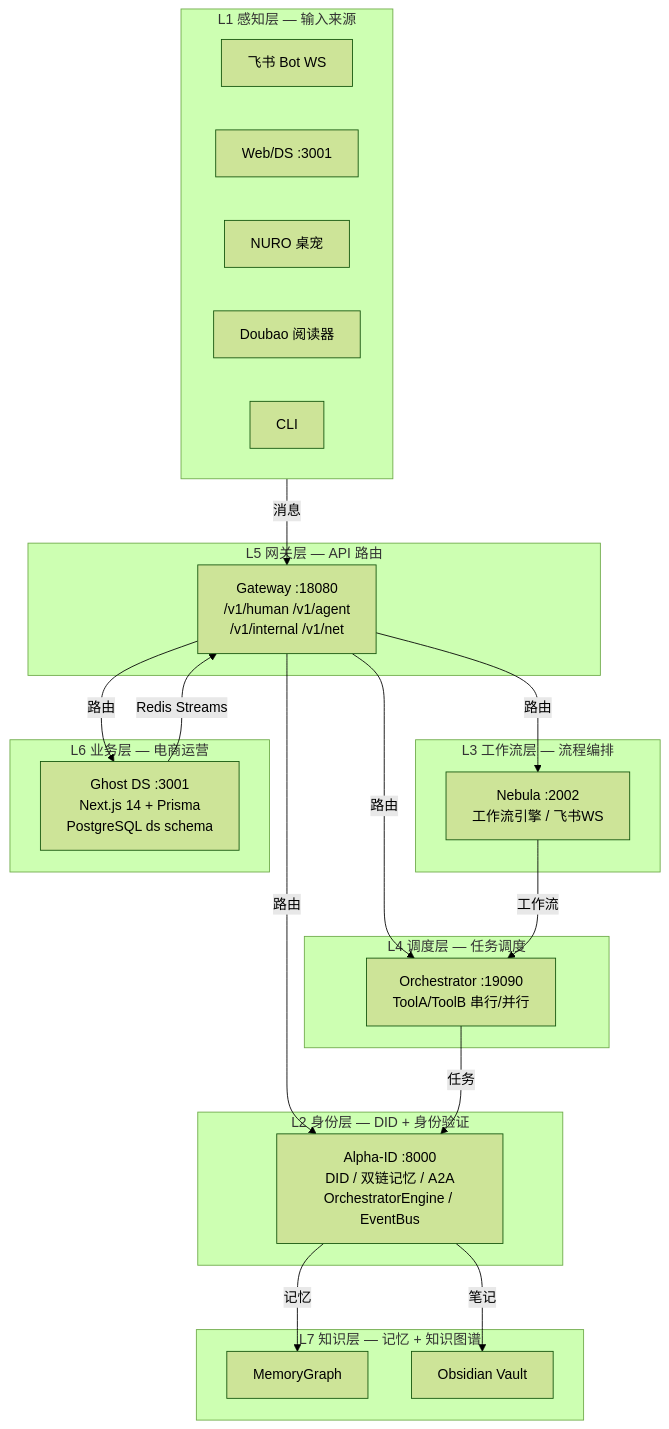
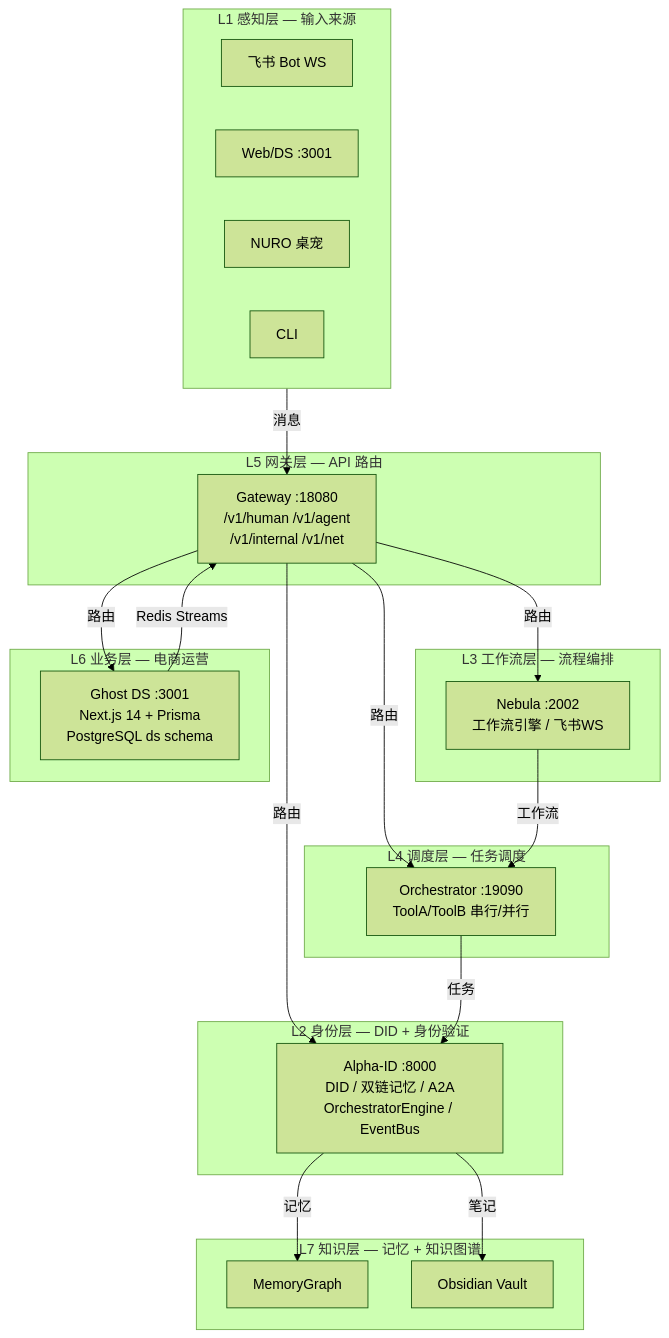
One commit to wenwanqing1217/ghost-showcase changed the diagram in GHOST.md. Above: the diagram before and after it, drawn with Mermaid (forest theme). The commit also changed other lines of this file and 13 other files, not shown here.

````diff
--- a/GHOST.md
+++ b/GHOST.md
@@ -25,47 +25,46 @@
 ```mermaid
 flowchart TB
     subgraph L1["L1 感知层 — 输入来源"]
         direction LR
         A1[飞书 Bot WS]
         A2[Web/DS :3001]
         A3[NURO 桌宠]
-        A4[Doubao 阅读器]
         A5[CLI]
     end
     
     subgraph L2["L2 身份层 — DID + 身份验证"]
         B[Alpha-ID :8000<br/>DID / 双链记忆 / A2A<br/>OrchestratorEngine / EventBus]
     end
     
     subgraph L3["L3 工作流层 — 流程编排"]
         C[Nebula :2002<br/>工作流引擎 / 飞书WS]
     end
     
     subgraph L4["L4 调度层 — 任务调度"]
         D[Orchestrator :19090<br/>ToolA/ToolB 串行/并行]
     end
     
     subgraph L5["L5 网关层 — API 路由"]
         E[Gateway :18080<br/>/v1/human /v1/agent<br/>/v1/internal /v1/net]
     end
     
     subgraph L6["L6 业务层 — 电商运营"]
         F[Ghost DS :3001<br/>Next.js 14 + Prisma<br/>PostgreSQL ds schema]
     end
     
     subgraph L7["L7 知识层 — 记忆 + 知识图谱"]
         G[MemoryGraph]
         H[Obsidian Vault]
     end
     
     L1 -->|消息| E
     E -->|路由| B
     E -->|路由| C
     E -->|路由| D
     E -->|路由| F
     B -->|记忆| G
     B -->|笔记| H
     C -->|工作流| D
     D -->|任务| B
     F -->|Redis Streams| E
 ```
````
